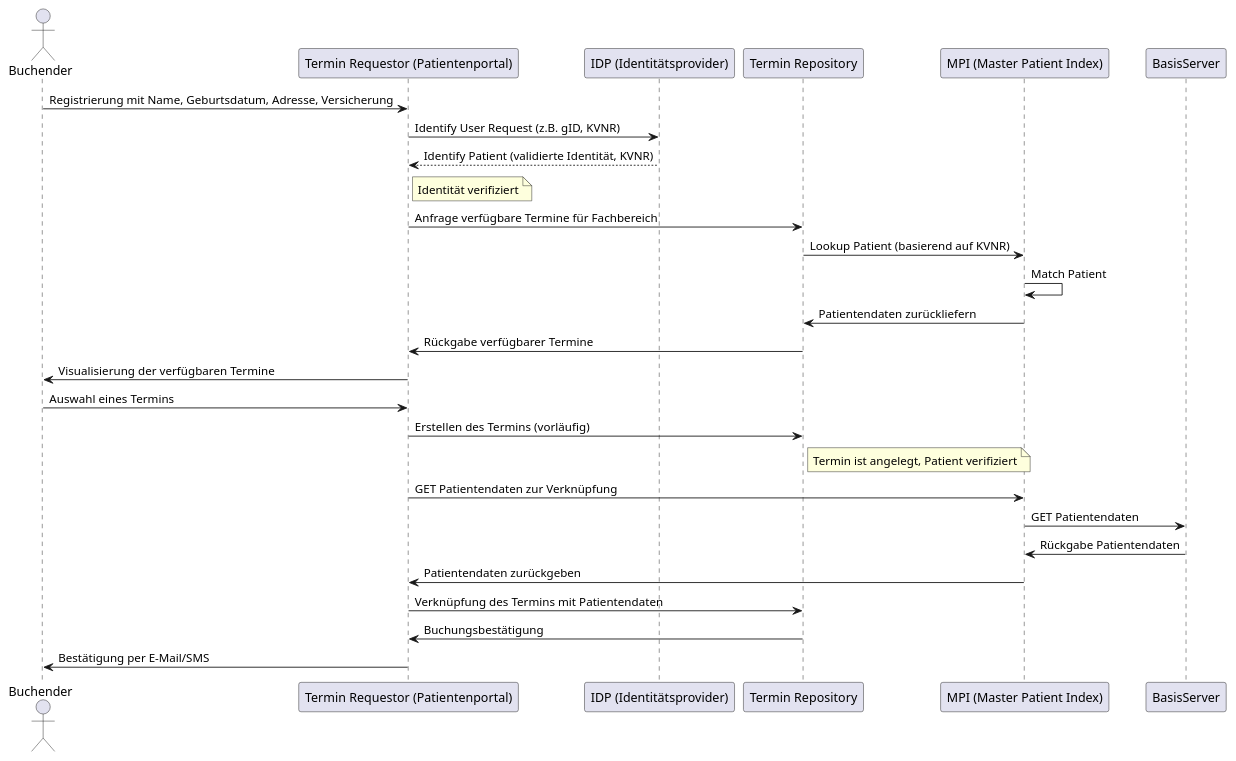
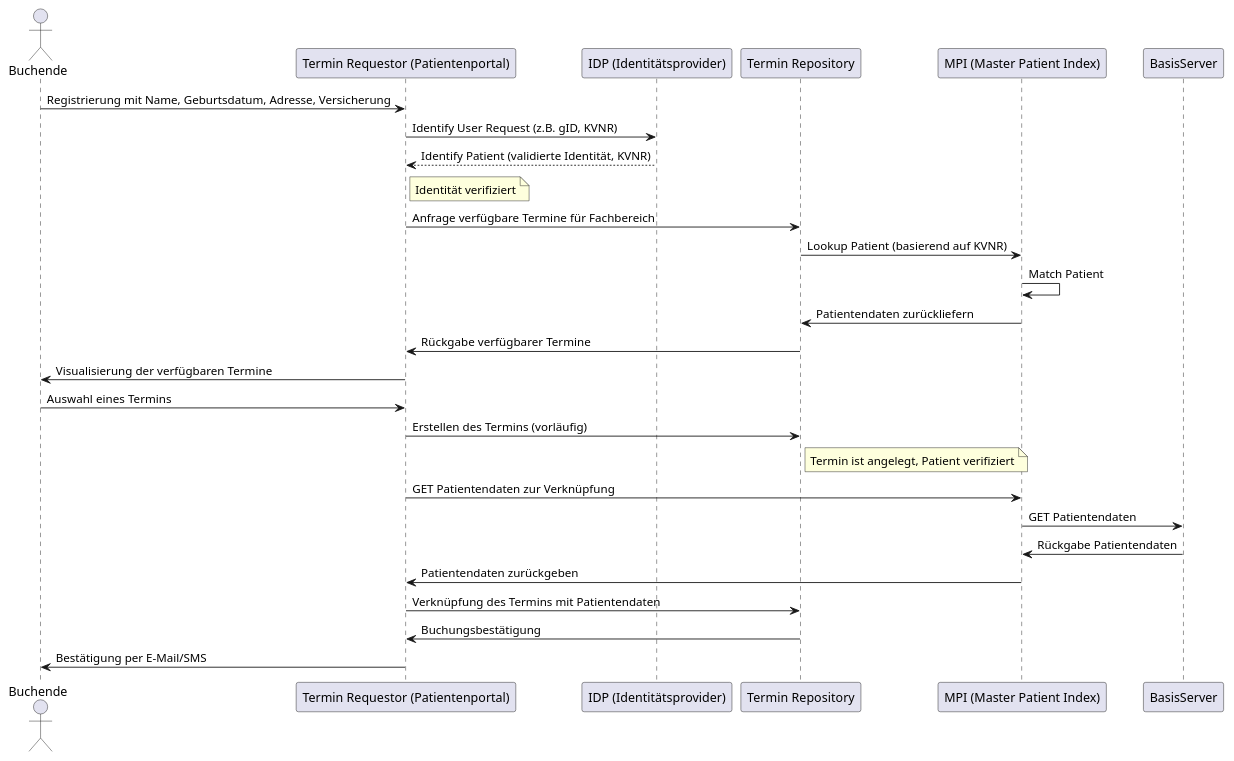
Before and after one commit to gematik/Spec-ISiK-Terminplanung: the diagram in Material/images/diagrams/identitaetsnachweis-sequenz.puml, drawn with PlantUML. The commit also changed 4 other files, not shown here.

```diff
--- a/Material/images/diagrams/identitaetsnachweis-sequenz.puml
+++ b/Material/images/diagrams/identitaetsnachweis-sequenz.puml
@@ -1,34 +1,34 @@
 @startuml
 
-actor Buchender
+actor Buchende
 participant "Termin Requestor (Patientenportal)" as TR
 participant "IDP (Identitätsprovider)" as IDP
 participant "Termin Repository" as TRP
 participant "MPI (Master Patient Index)" as MPI
 participant "BasisServer" as BS
 
-Buchender -> TR: Registrierung mit Name, Geburtsdatum, Adresse, Versicherung
+Buchende -> TR: Registrierung mit Name, Geburtsdatum, Adresse, Versicherung
 TR -> IDP: Identify User Request (z.B. gID, KVNR)
 IDP --> TR: Identify Patient (validierte Identität, KVNR)
 note right of TR: Identität verifiziert
 
 TR -> TRP: Anfrage verfügbare Termine für Fachbereich
 TRP -> MPI: Lookup Patient (basierend auf KVNR)
 MPI -> MPI: Match Patient
 MPI -> TRP: Patientendaten zurückliefern
 TRP -> TR: Rückgabe verfügbarer Termine
-TR -> Buchender: Visualisierung der verfügbaren Termine
+TR -> Buchende: Visualisierung der verfügbaren Termine
 
-Buchender -> TR: Auswahl eines Termins
+Buchende -> TR: Auswahl eines Termins
 TR -> TRP: Erstellen des Termins (vorläufig)
 note right of TRP: Termin ist angelegt, Patient verifiziert
 TR -> MPI: GET Patientendaten zur Verknüpfung
 MPI -> BS: GET Patientendaten
 BS -> MPI: Rückgabe Patientendaten
 MPI -> TR: Patientendaten zurückgeben
 TR -> TRP: Verknüpfung des Termins mit Patientendaten
 
 TRP -> TR: Buchungsbestätigung
-TR -> Buchender: Bestätigung per E-Mail/SMS
+TR -> Buchende: Bestätigung per E-Mail/SMS
 
 @enduml
```
